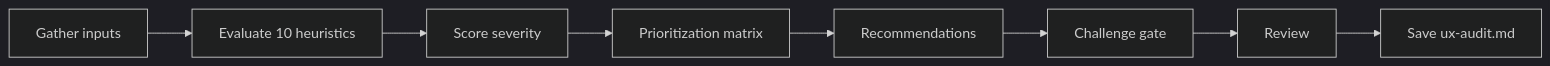
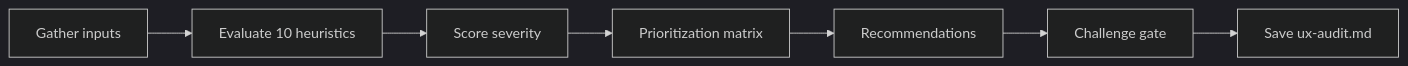
The diagram in skills/ux-audit/SKILL.md (ai-driven-dev/framework), drawn with Mermaid (dark theme) before and after one commit. The commit also changed other lines of this file and 32 other files, not shown here.

First line of the commit message:
refactor: simplify agents, enforce template adherence, align flows with courses

````diff
--- a/skills/ux-audit/SKILL.md
+++ b/skills/ux-audit/SKILL.md
@@ -32,4 +32,4 @@
 ```mermaid
 flowchart LR
-    A[Gather inputs] --> B[Evaluate 10 heuristics] --> C[Score severity] --> D[Prioritization matrix] --> E[Recommendations] --> F[Challenge gate] --> G[Review] --> H[Save ux-audit.md]
+    A[Gather inputs] --> B[Evaluate 10 heuristics] --> C[Score severity] --> D[Prioritization matrix] --> E[Recommendations] --> F[Challenge gate] --> G[Save ux-audit.md]
 ```
````
